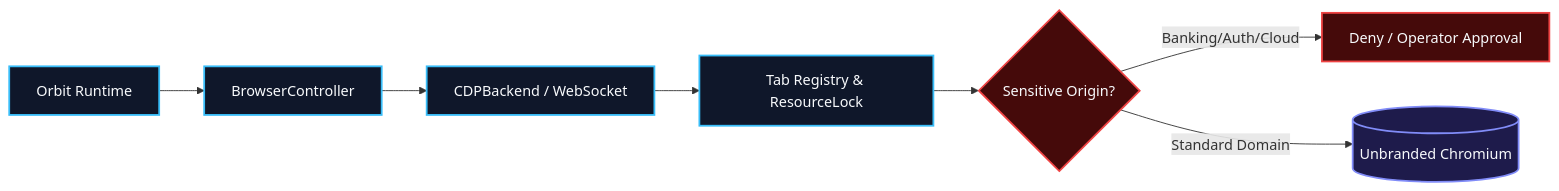
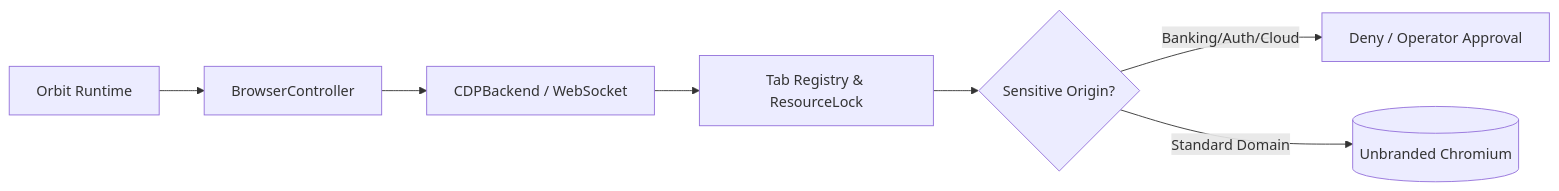
The second of 2 diagrams in README.md (Railgunonyx1/JARVIS), drawn with Mermaid before and after one commit. The commit also changed other lines of this file and 36 other files, not shown here.

````diff
--- a/README.md
+++ b/README.md
@@ -162,14 +115,9 @@
 ```mermaid
 flowchart LR
-    classDef comp fill:#0F172A,stroke:#38BDF8,stroke-width:2px,color:#F8FAFC;
-    classDef sec fill:#450A0A,stroke:#EF4444,stroke-width:2px,color:#F8FAFC;
-    classDef chrome fill:#1E1B4B,stroke:#818CF8,stroke-width:2px,color:#F8FAFC;
-
-    Runtime[Orbit Runtime]:::comp --> Facade[BrowserController]:::comp
-    Facade --> CDP[CDPBackend / WebSocket]:::comp
-    CDP --> Registry[Tab Registry & ResourceLock]:::comp
-    
-    Registry --> Sensitive{Sensitive Origin?}:::sec
-    Sensitive -- Banking/Auth/Cloud --> Block[Deny / Operator Approval]:::sec
-    Sensitive -- Standard Domain --> Chromium[(Unbranded Chromium)]:::chrome
+    Runtime[Orbit Runtime] --> Facade[BrowserController]
+    Facade --> CDP[CDPBackend / WebSocket]
+    CDP --> Registry[Tab Registry & ResourceLock]
+    Registry --> Sensitive{Sensitive Origin?}
+    Sensitive -- Banking/Auth/Cloud --> Block[Deny / Operator Approval]
+    Sensitive -- Standard Domain --> Chromium[(Unbranded Chromium)]
 ```
````
